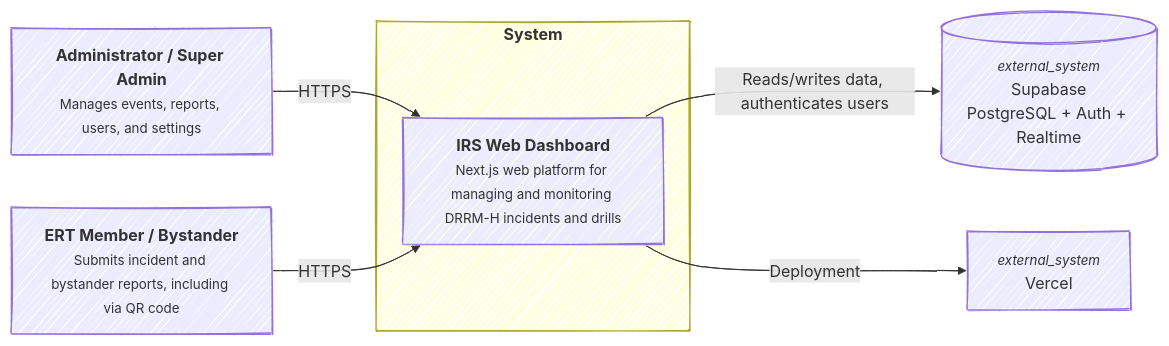
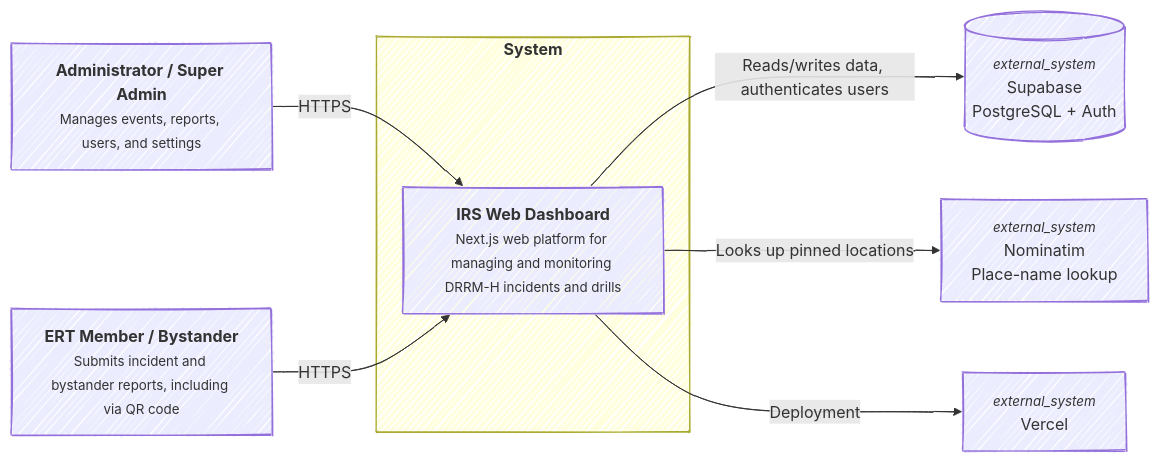
One commit to bruhhhyannnn/drrmh-irs changed the first of 21 diagrams in README.md. Above: the diagram before and after it, drawn with Mermaid. The commit also changed other lines of this file, not shown here.

````diff
--- a/README.md
+++ b/README.md
@@ -153,24 +172,26 @@
 ```mermaid
 ---
 config:
   layout: dagre
   look: handDrawn
   theme: default
 ---
 graph LR
   admin[<b>Administrator / Super Admin</b><br/><small>Manages events, reports, users, and settings</small>]
   ertMember[<b>ERT Member / Bystander</b><br/><small>Submits incident and bystander reports, including via QR code</small>]
 
   subgraph SYSTEM[<b>System</b>]
     irs[<b>IRS Web Dashboard</b><br/><small>Next.js web platform for managing and monitoring DRRM-H incidents and drills</small>]
   end
 
-  supabase[(<i><small>external_system</small></i><br/>Supabase<br/>PostgreSQL + Auth + Realtime)]
+  supabase[(<i><small>external_system</small></i><br/>Supabase<br/>PostgreSQL + Auth)]
   vercel[<i><small>external_system</small></i><br/>Vercel]
+  nominatim[<i><small>external_system</small></i><br/>Nominatim<br/>Place-name lookup]
 
   admin -->|HTTPS| irs
   ertMember -->|HTTPS| irs
 
   irs -->|Reads/writes data, authenticates users| supabase
+  irs -->|Looks up pinned locations| nominatim
   irs -->|Deployment| vercel
 ```
````
